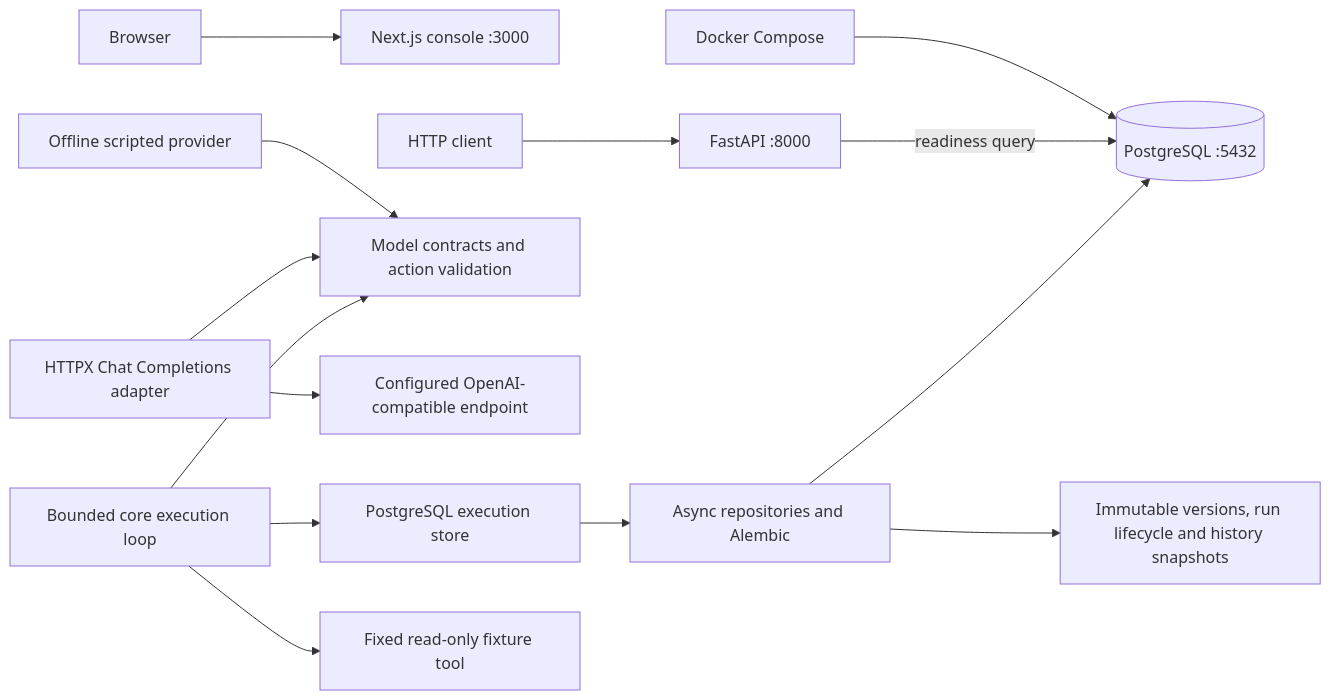
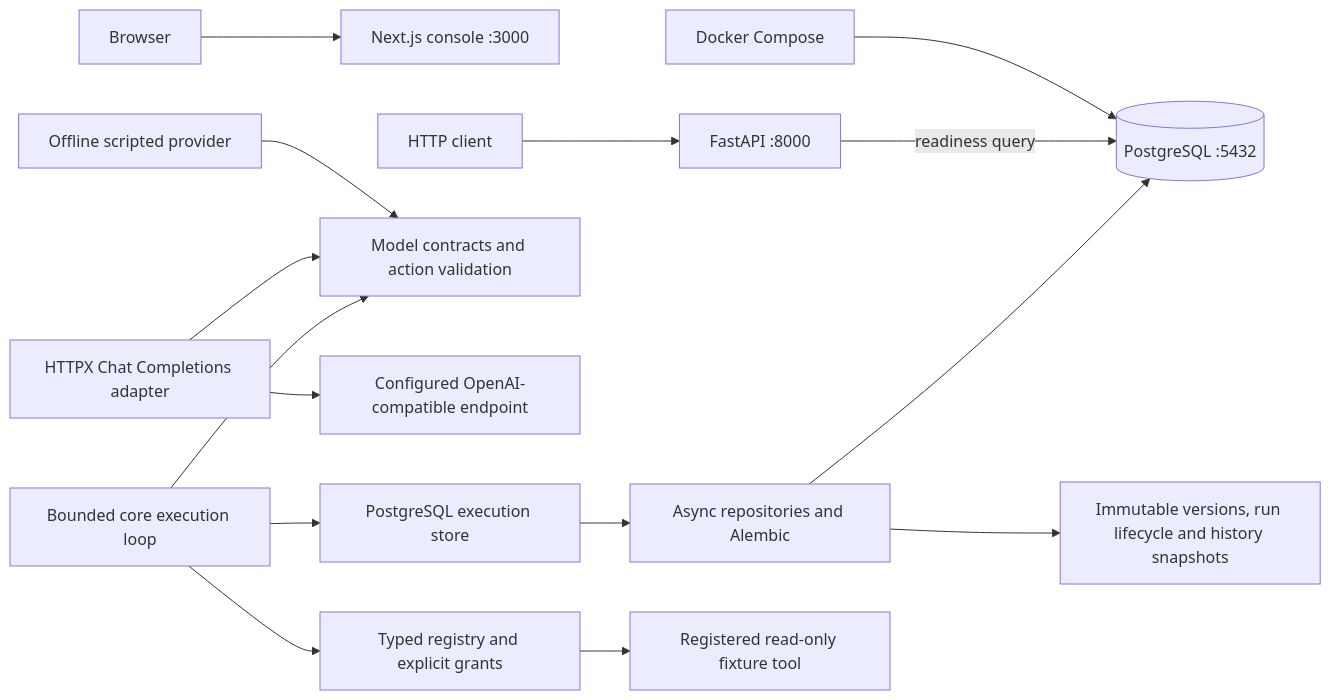
The first of 2 diagrams in ARCHITECTURE.md (TaoM29/runveil), drawn with Mermaid before and after one commit. The commit also changed other lines of this file, not shown here.

Commit message:
docs: update Runveil architecture for typed tools

````diff
--- a/ARCHITECTURE.md
+++ b/ARCHITECTURE.md
@@ -5,16 +5,17 @@
 ```mermaid
 flowchart LR
     Browser --> Web[Next.js console :3000]
     Client[HTTP client] --> API[FastAPI :8000]
     Compose[Docker Compose] --> PG[(PostgreSQL :5432)]
     API -->|readiness query| PG
     Persistence[Async repositories and Alembic] --> PG
     Persistence --> Domain[Immutable versions, run lifecycle and history snapshots]
     Scripted[Offline scripted provider] --> Contracts[Model contracts and action validation]
     Hosted[HTTPX Chat Completions adapter] --> Contracts
     Hosted --> Endpoint[Configured OpenAI-compatible endpoint]
     Runtime[Bounded core execution loop] --> Contracts
     Runtime --> Store[PostgreSQL execution store]
     Store --> Persistence
-    Runtime --> Fixture[Fixed read-only fixture tool]
+    Runtime --> Tools[Typed registry and explicit grants]
+    Tools --> Fixture[Registered read-only fixture tool]
 ```
````
